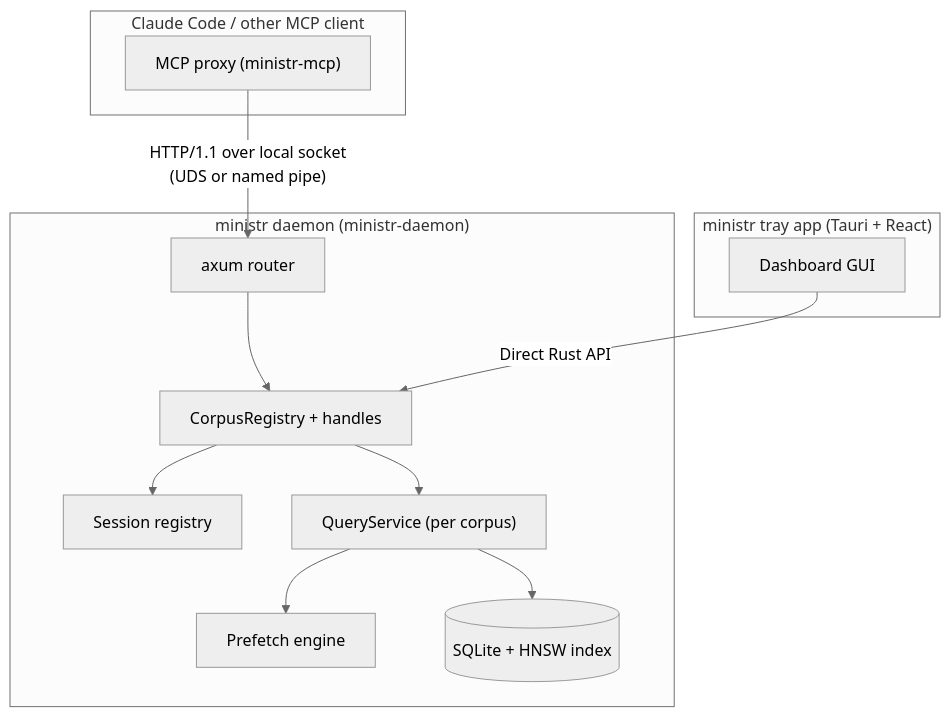
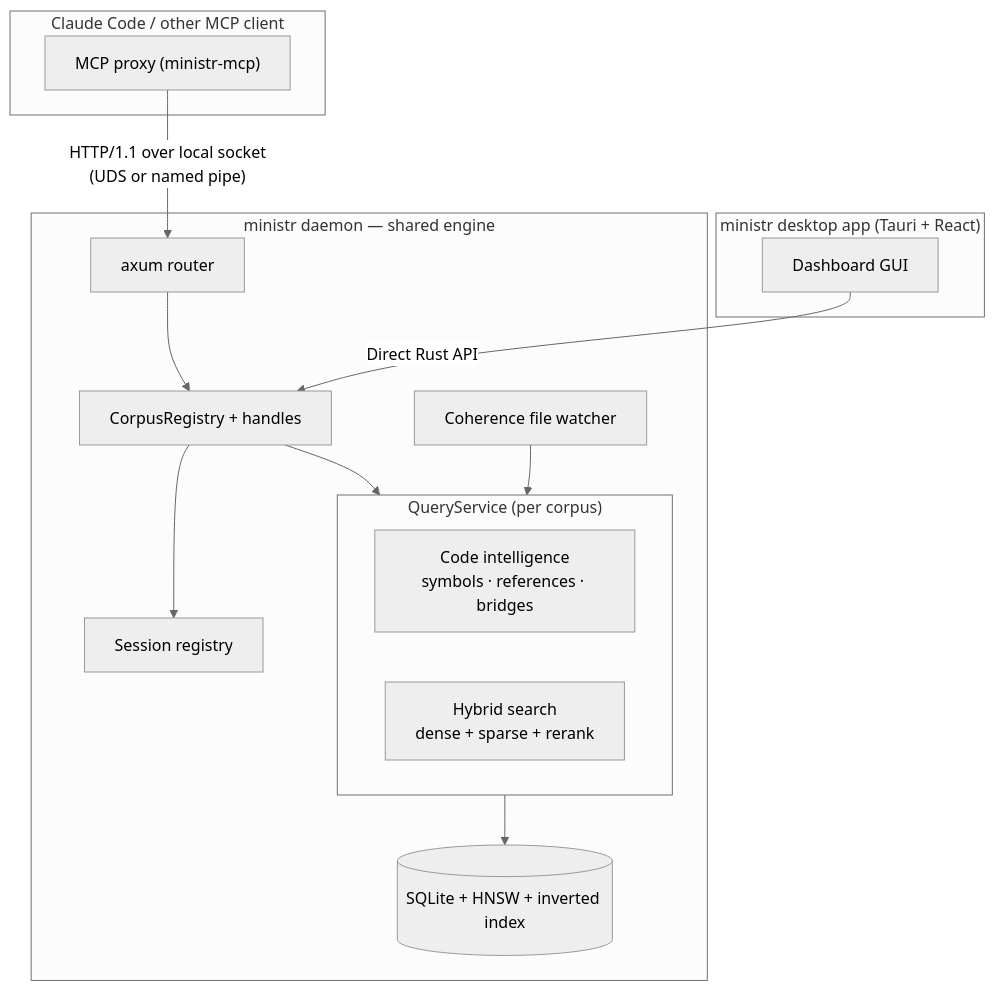
One commit to OlsonSoftware/ministr changed the diagram in docs-next/content/docs/architecture-daemon.mdx. Above: the diagram before and after it, drawn with Mermaid (neutral theme). The commit also changed other lines of this file and 2 other files, not shown here.

````diff
--- a/docs-next/content/docs/architecture-daemon.mdx
+++ b/docs-next/content/docs/architecture-daemon.mdx
@@ -8,28 +10,33 @@
 ```mermaid
 flowchart TB
   subgraph client["Claude Code / other MCP client"]
     proxy["MCP proxy (ministr-mcp)"]
   end
 
-  subgraph tray["ministr tray app (Tauri + React)"]
+  subgraph tray["ministr desktop app (Tauri + React)"]
     dashboard["Dashboard GUI"]
   end
 
-  subgraph daemon["ministr daemon (ministr-daemon)"]
+  subgraph daemon["ministr daemon — shared engine"]
     router["axum router"]
     registry["CorpusRegistry + handles"]
     sessions["Session registry"]
-    query["QueryService (per corpus)"]
-    prefetch["Prefetch engine"]
-    storage[("SQLite + HNSW index")]
+
+    subgraph engine["QueryService (per corpus)"]
+      intel["Code intelligence<br/>symbols · references · bridges"]
+      search["Hybrid search<br/>dense + sparse + rerank"]
+    end
+
+    store[("SQLite + HNSW + inverted index")]
+    watcher["Coherence file watcher"]
 
     router --> registry
-    registry --> query
+    registry --> engine
     registry --> sessions
-    query --> storage
-    query --> prefetch
+    engine --> store
+    watcher --> engine
   end
 
   proxy -->|"HTTP/1.1 over local socket<br/>(UDS or named pipe)"| router
   dashboard -->|"Direct Rust API"| registry
 ```
````
